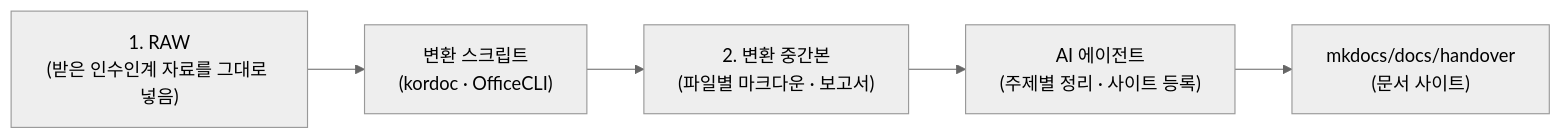
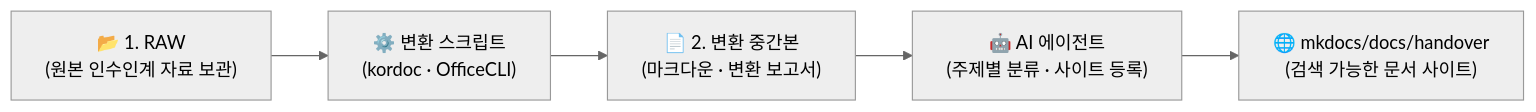
The diagram in README.md (kedufine/work_notes_mkdocs), drawn with Mermaid (neutral theme) before and after one commit. The commit also changed other lines of this file and 2 other files, not shown here.

````diff
--- a/README.md
+++ b/README.md
@@ -5,7 +13,7 @@
 ```mermaid
 flowchart LR
-    A["1. RAW<br>(받은 인수인계 자료를 그대로 넣음)"] --> B["변환 스크립트<br>(kordoc · OfficeCLI)"]
-    B --> C["2. 변환 중간본<br>(파일별 마크다운 · 보고서)"]
-    C --> D["AI 에이전트<br>(주제별 정리 · 사이트 등록)"]
-    D --> E["mkdocs/docs/handover<br>(문서 사이트)"]
+    A["📂 1. RAW<br>(원본 인수인계 자료 보관)"] --> B["⚙️ 변환 스크립트<br>(kordoc · OfficeCLI)"]
+    B --> C["📄 2. 변환 중간본<br>(마크다운 · 변환 보고서)"]
+    C --> D["🤖 AI 에이전트<br>(주제별 분류 · 사이트 등록)"]
+    D --> E["🌐 mkdocs/docs/handover<br>(검색 가능한 문서 사이트)"]
 ```
````
